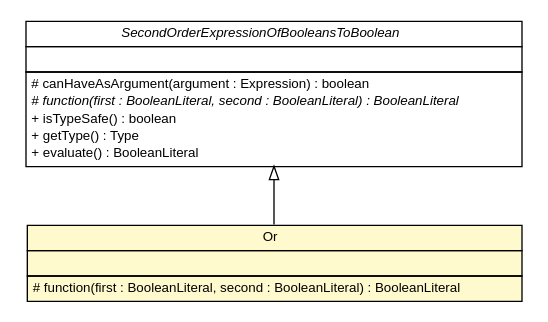
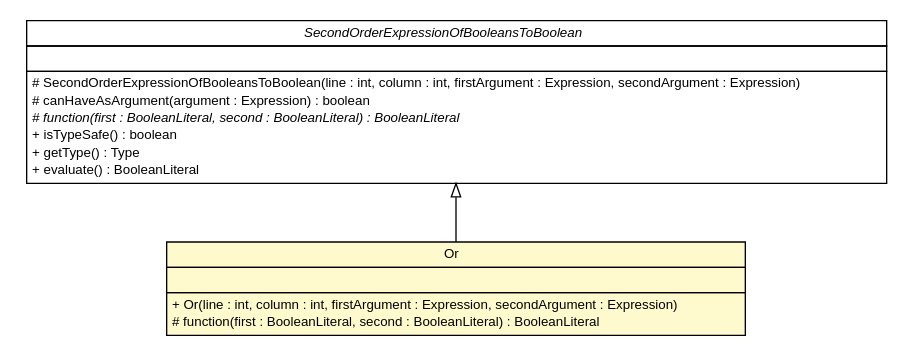
The diagram in doc/model/programs/parsing/language/expression/second_order/Or.dot (sinopeus/asteroids), drawn with Graphviz before and after one commit. The commit also changed 940 other files, not shown here.

```diff
--- a/doc/model/programs/parsing/language/expression/second_order/Or.dot
+++ b/doc/model/programs/parsing/language/expression/second_order/Or.dot
@@ -1,42 +1,44 @@
 #!/usr/local/bin/dot
 #
 # Class diagram 
 # Generated by UMLGraph version R5_6 (http://www.umlgraph.org/)
 #
 
 digraph G {
 	edge [fontname="Helvetica",fontsize=10,labelfontname="Helvetica",labelfontsize=10];
 	node [fontname="Helvetica",fontsize=10,shape=plaintext];
 	nodesep=0.25;
 	ranksep=0.5;
 	// model.programs.parsing.language.expression.second_order.Or
-	c13365 [label=<<table title="model.programs.parsing.language.expression.second_order.Or" border="0" cellborder="1" cellspacing="0" cellpadding="2" port="p" bgcolor="lemonChiffon" href="./Or.html">
+	c13412 [label=<<table title="model.programs.parsing.language.expression.second_order.Or" border="0" cellborder="1" cellspacing="0" cellpadding="2" port="p" bgcolor="lemonChiffon" href="./Or.html">
 		<tr><td><table border="0" cellspacing="0" cellpadding="1">
 <tr><td align="center" balign="center"> Or </td></tr>
 		</table></td></tr>
 		<tr><td><table border="0" cellspacing="0" cellpadding="1">
 <tr><td align="left" balign="left">  </td></tr>
 		</table></td></tr>
 		<tr><td><table border="0" cellspacing="0" cellpadding="1">
+<tr><td align="left" balign="left"> + Or(line : int, column : int, firstArgument : Expression, secondArgument : Expression) </td></tr>
 <tr><td align="left" balign="left"> # function(first : BooleanLiteral, second : BooleanLiteral) : BooleanLiteral </td></tr>
 		</table></td></tr>
 		</table>>, URL="./Or.html", fontname="Helvetica", fontcolor="black", fontsize=10.0];
 	// model.programs.parsing.language.expression.second_order.SecondOrderExpressionOfBooleansToBoolean
-	c13375 [label=<<table title="model.programs.parsing.language.expression.second_order.SecondOrderExpressionOfBooleansToBoolean" border="0" cellborder="1" cellspacing="0" cellpadding="2" port="p" href="./SecondOrderExpressionOfBooleansToBoolean.html">
+	c13422 [label=<<table title="model.programs.parsing.language.expression.second_order.SecondOrderExpressionOfBooleansToBoolean" border="0" cellborder="1" cellspacing="0" cellpadding="2" port="p" href="./SecondOrderExpressionOfBooleansToBoolean.html">
 		<tr><td><table border="0" cellspacing="0" cellpadding="1">
 <tr><td align="center" balign="center"><font face="Helvetica-Oblique"> SecondOrderExpressionOfBooleansToBoolean </font></td></tr>
 		</table></td></tr>
 		<tr><td><table border="0" cellspacing="0" cellpadding="1">
 <tr><td align="left" balign="left">  </td></tr>
 		</table></td></tr>
 		<tr><td><table border="0" cellspacing="0" cellpadding="1">
+<tr><td align="left" balign="left"> # SecondOrderExpressionOfBooleansToBoolean(line : int, column : int, firstArgument : Expression, secondArgument : Expression) </td></tr>
 <tr><td align="left" balign="left"> # canHaveAsArgument(argument : Expression) : boolean </td></tr>
 <tr><td align="left" balign="left"><font face="Helvetica-Oblique" point-size="10.0"> # function(first : BooleanLiteral, second : BooleanLiteral) : BooleanLiteral </font></td></tr>
 <tr><td align="left" balign="left"> + isTypeSafe() : boolean </td></tr>
 <tr><td align="left" balign="left"> + getType() : Type </td></tr>
 <tr><td align="left" balign="left"> + evaluate() : BooleanLiteral </td></tr>
 		</table></td></tr>
 		</table>>, URL="./SecondOrderExpressionOfBooleansToBoolean.html", fontname="Helvetica", fontcolor="black", fontsize=10.0];
 	//model.programs.parsing.language.expression.second_order.Or extends model.programs.parsing.language.expression.second_order.SecondOrderExpressionOfBooleansToBoolean
-	c13375:p -> c13365:p [dir=back,arrowtail=empty];
+	c13422:p -> c13412:p [dir=back,arrowtail=empty];
 }
```
